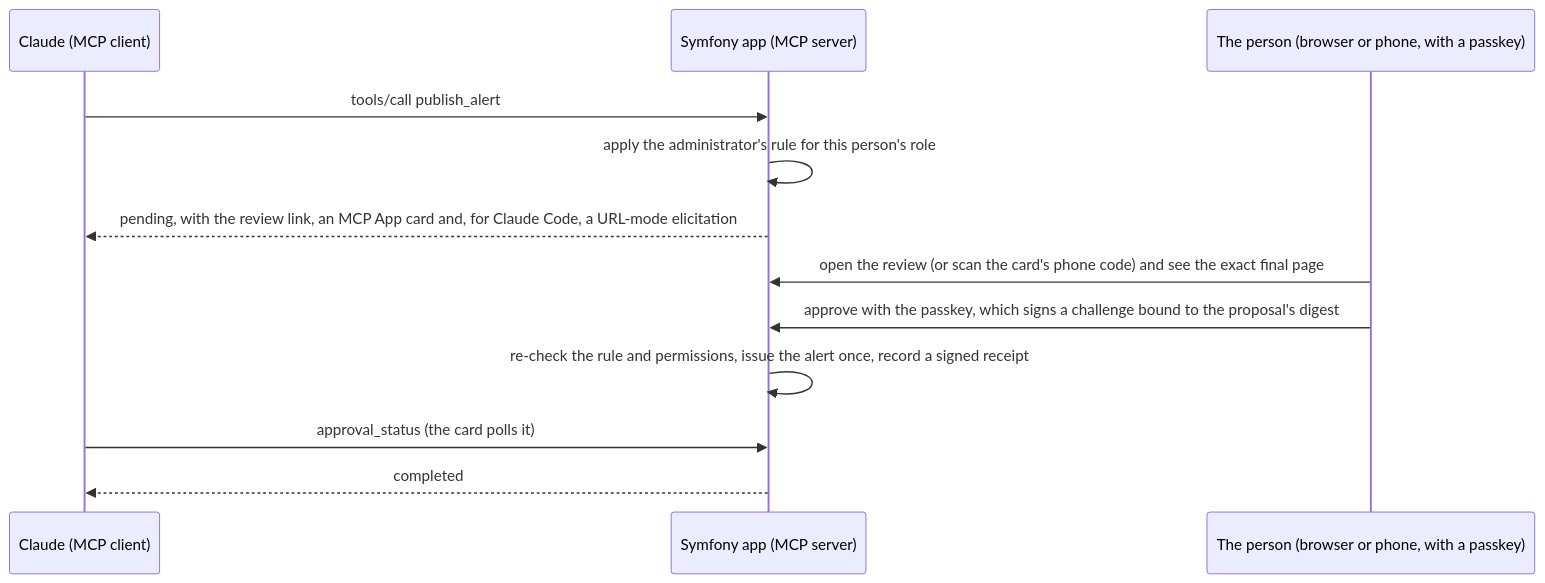
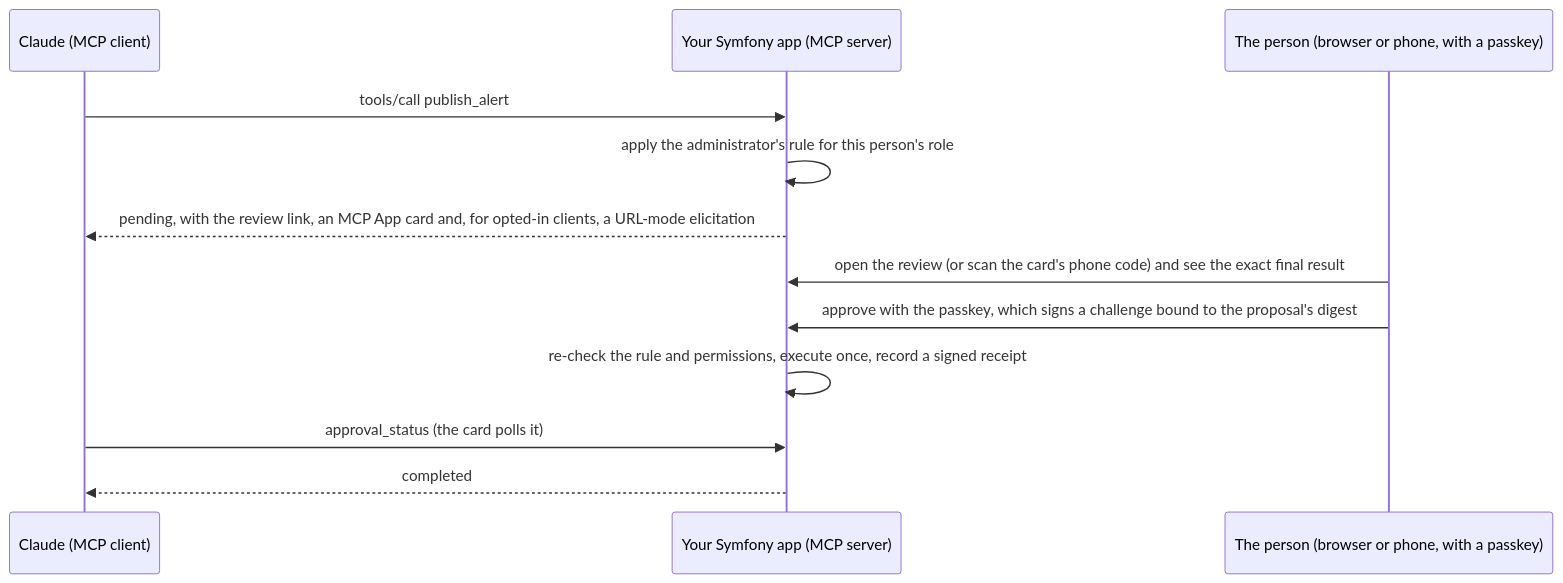
Before and after one commit to scottfalconer/verified-human-approval: the diagram in README.md, drawn with Mermaid. The commit also changed other lines of this file and 265 other files, not shown here.

````diff
--- a/README.md
+++ b/README.md
@@ -75,14 +137,14 @@
 ```mermaid
 sequenceDiagram
     participant C as Claude (MCP client)
-    participant S as Symfony app (MCP server)
+    participant S as Your Symfony app (MCP server)
     participant P as The person (browser or phone, with a passkey)
     C->>S: tools/call publish_alert
     S->>S: apply the administrator's rule for this person's role
-    S-->>C: pending, with the review link, an MCP App card and, for Claude Code, a URL-mode elicitation
-    P->>S: open the review (or scan the card's phone code) and see the exact final page
+    S-->>C: pending, with the review link, an MCP App card and, for opted-in clients, a URL-mode elicitation
+    P->>S: open the review (or scan the card's phone code) and see the exact final result
     P->>S: approve with the passkey, which signs a challenge bound to the proposal's digest
-    S->>S: re-check the rule and permissions, issue the alert once, record a signed receipt
+    S->>S: re-check the rule and permissions, execute once, record a signed receipt
     C->>S: approval_status (the card polls it)
     S-->>C: completed
 ```
````
